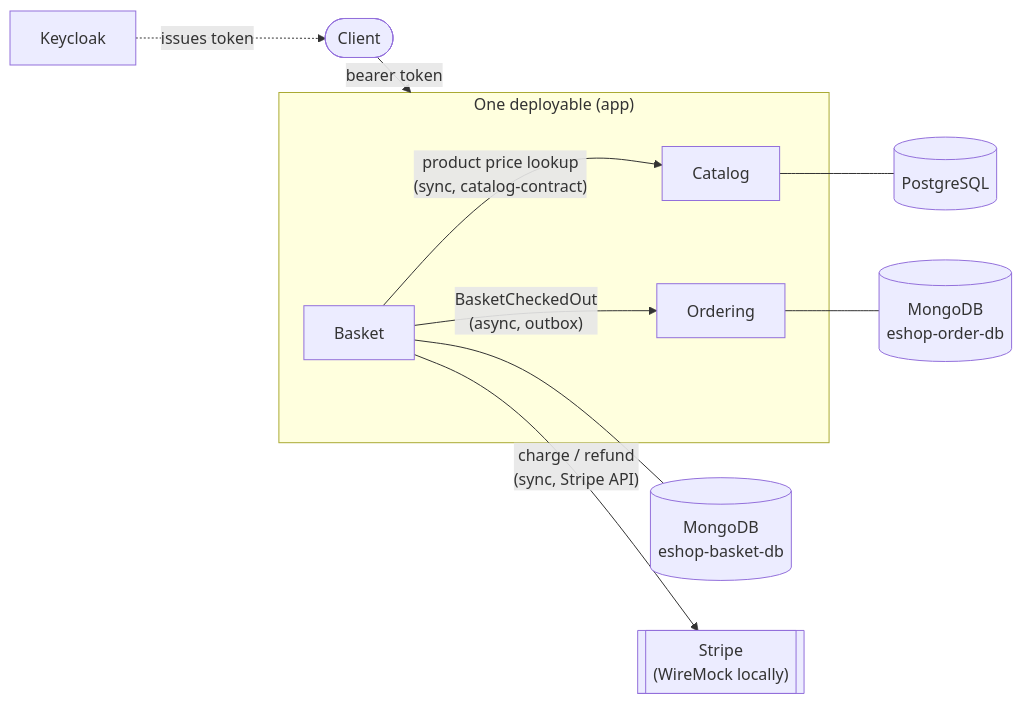
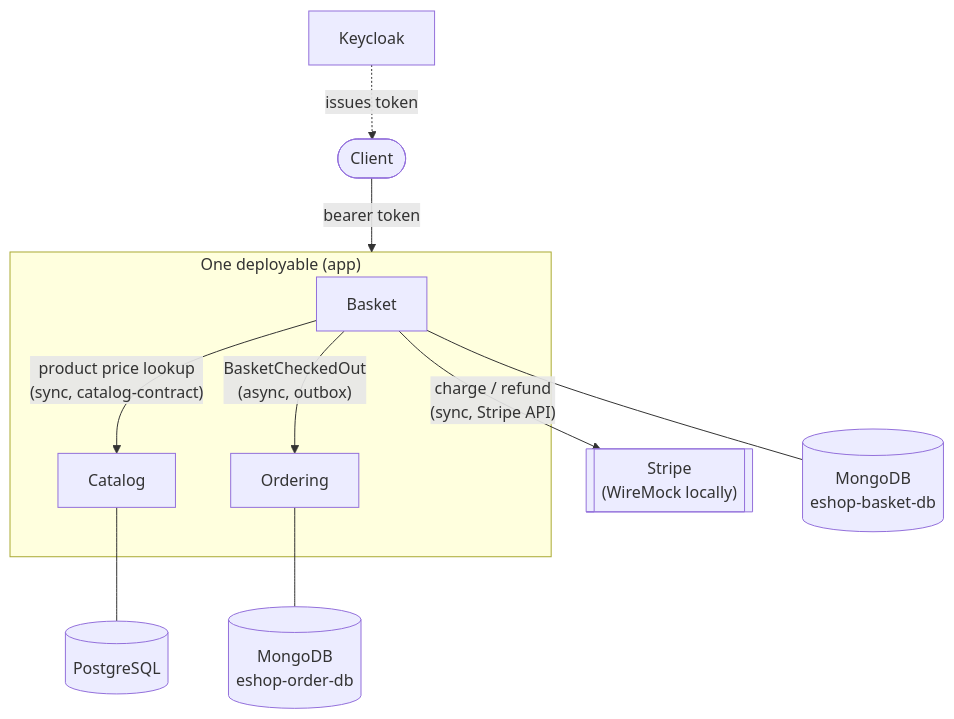
Before and after one commit to TomMante/spring-boot-eshop-modular-monolith: the diagram in README.md, drawn with Mermaid.

Commit message:
Lay out the README diagram top to bottom so its labels stay readable at the README's width

````diff
--- a/README.md
+++ b/README.md
@@ -30,19 +30,19 @@
 ```mermaid
-flowchart LR
-    client([Client]) -- "bearer token" --> api
-    keycloak[Keycloak] -. "issues token" .-> client
+flowchart TB
+    keycloak[Keycloak] -. "issues token" .-> client([Client])
+    client -- "bearer token" --> api
 
     subgraph api["One deployable (app)"]
+        basket[Basket]
         catalog[Catalog]
-        basket[Basket]
         ordering[Ordering]
     end
-
-    catalog --- catalogDb[("PostgreSQL")]
-    basket --- basketDb[("MongoDB<br/>eshop-basket-db")]
-    ordering --- orderDb[("MongoDB<br/>eshop-order-db")]
 
     basket -- "product price lookup<br/>(sync, catalog-contract)" --> catalog
     basket -- "BasketCheckedOut<br/>(async, outbox)" --> ordering
     basket -- "charge / refund<br/>(sync, Stripe API)" --> stripe[["Stripe<br/>(WireMock locally)"]]
+
+    basket --- basketDb[("MongoDB<br/>eshop-basket-db")]
+    catalog --- catalogDb[("PostgreSQL")]
+    ordering --- orderDb[("MongoDB<br/>eshop-order-db")]
 ```
````
